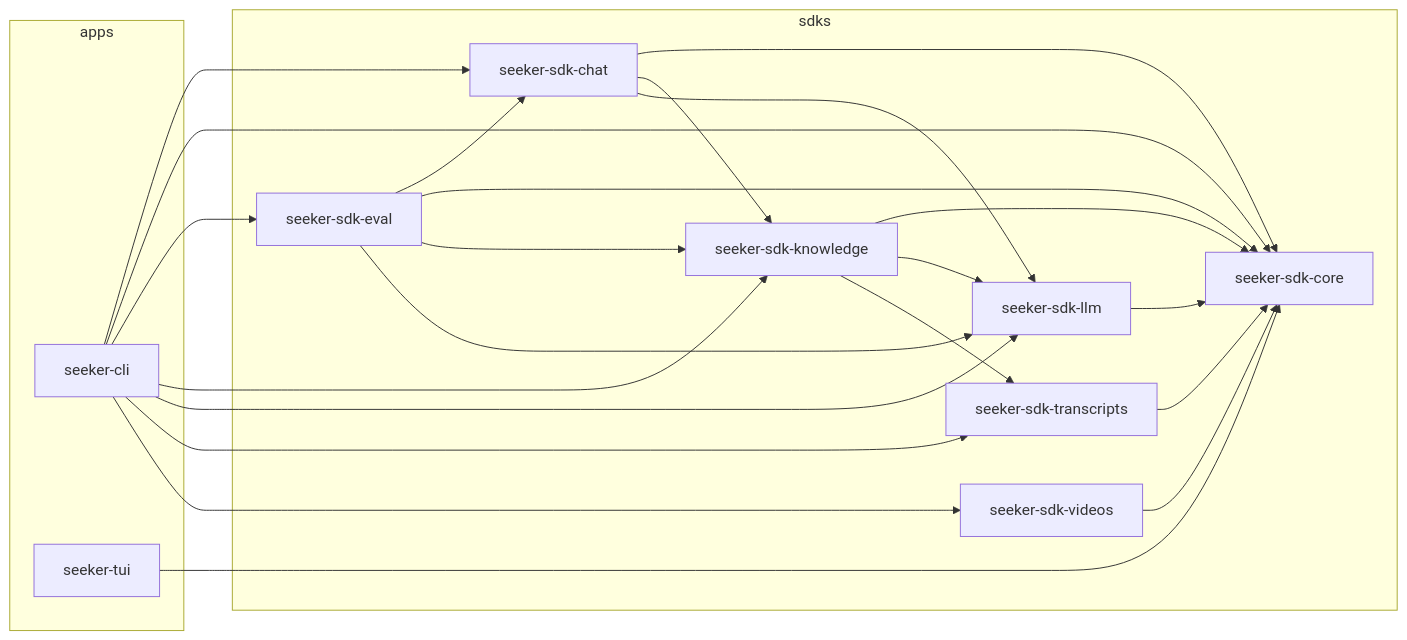
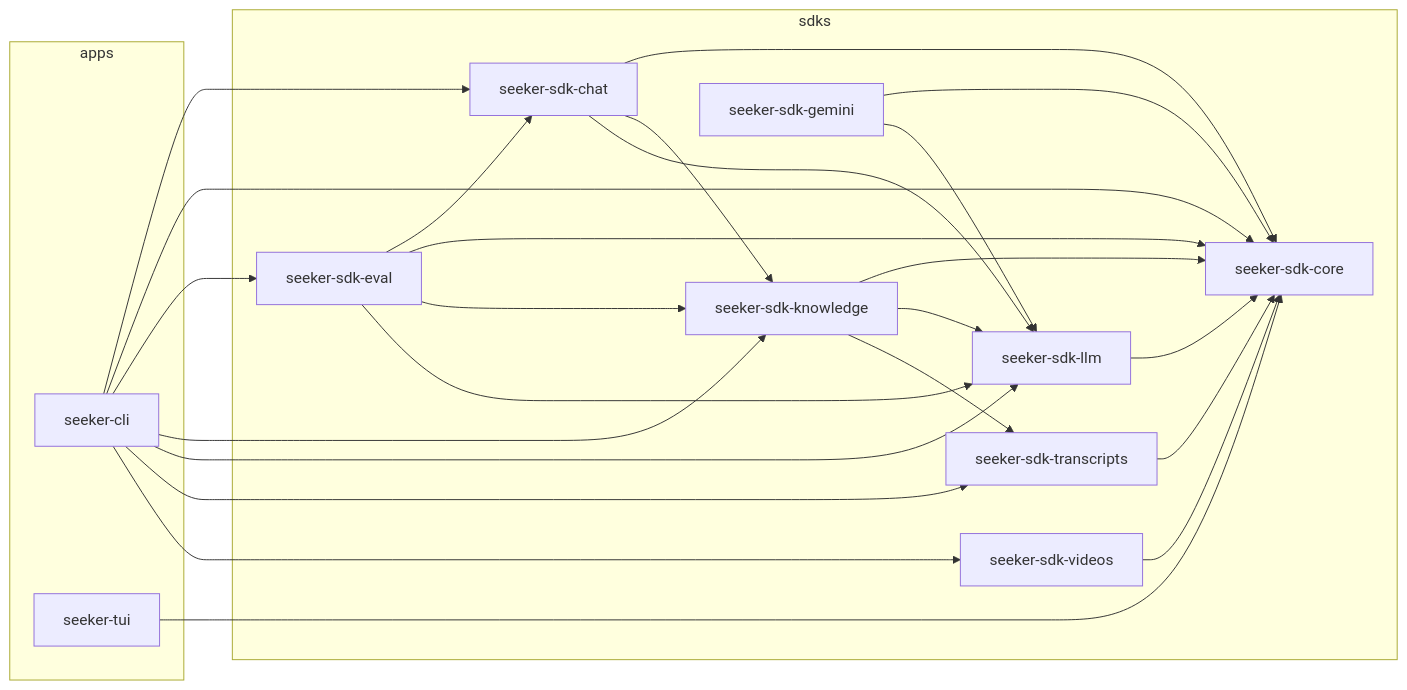
Before and after one commit to kbhatiya999/adam-seeker-metadata: the diagram in docs/architecture.md, drawn with Mermaid. The commit also changed other lines of this file and 23 other files, not shown here.

````diff
--- a/docs/architecture.md
+++ b/docs/architecture.md
@@ -109,37 +111,40 @@
 ```mermaid
 graph LR
   subgraph sdks
     sdk_core["seeker-sdk-core"]
     sdk_llm["seeker-sdk-llm"]
     sdk_transcripts["seeker-sdk-transcripts"]
     sdk_knowledge["seeker-sdk-knowledge"]
     sdk_chat["seeker-sdk-chat"]
     sdk_eval["seeker-sdk-eval"]
     sdk_videos["seeker-sdk-videos"]
+    sdk_gemini["seeker-sdk-gemini"]
   end
   subgraph apps
     app_cli["seeker-cli"]
     app_tui["seeker-tui"]
   end
   sdk_llm --> sdk_core
   sdk_transcripts --> sdk_core
   sdk_knowledge --> sdk_core
   sdk_knowledge --> sdk_llm
   sdk_knowledge --> sdk_transcripts
   sdk_chat --> sdk_core
   sdk_chat --> sdk_knowledge
   sdk_chat --> sdk_llm
   sdk_eval --> sdk_chat
   sdk_eval --> sdk_core
   sdk_eval --> sdk_knowledge
   sdk_eval --> sdk_llm
   sdk_videos --> sdk_core
   app_cli --> sdk_chat
   app_cli --> sdk_core
   app_cli --> sdk_eval
   app_cli --> sdk_knowledge
   app_cli --> sdk_llm
   app_cli --> sdk_transcripts
   app_cli --> sdk_videos
+  sdk_gemini --> sdk_core
+  sdk_gemini --> sdk_llm
   app_tui --> sdk_core
 ```
````
